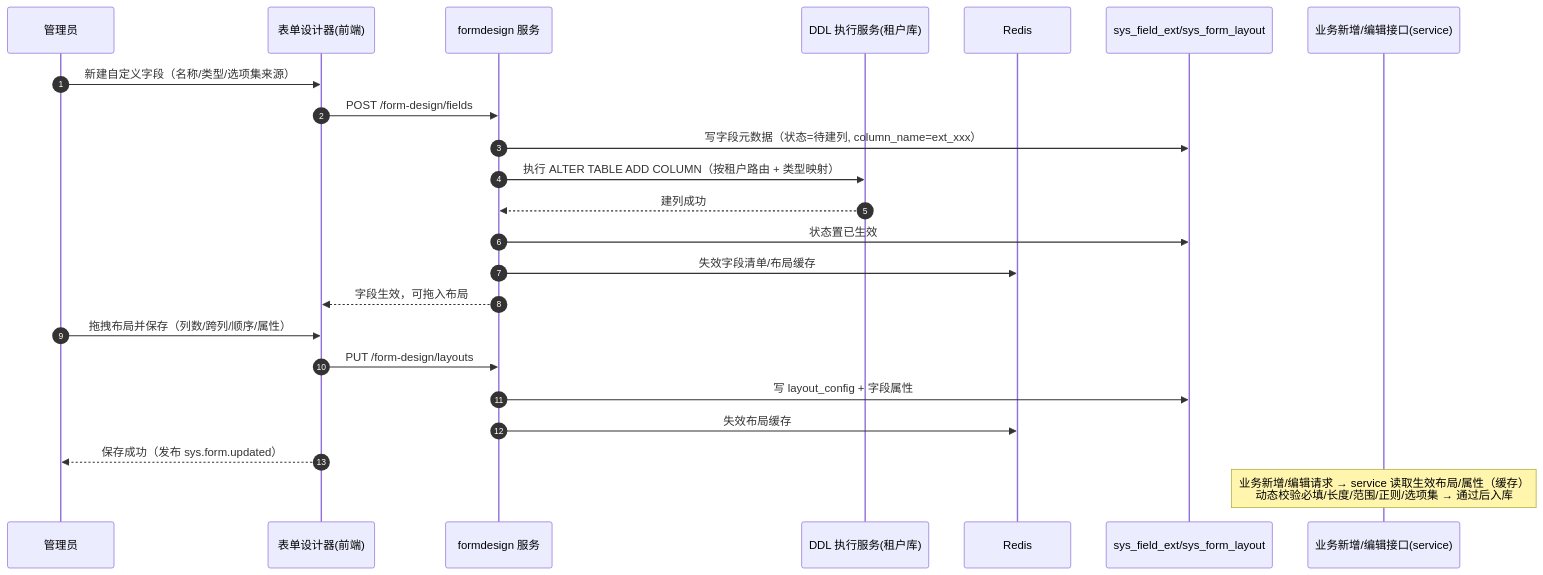
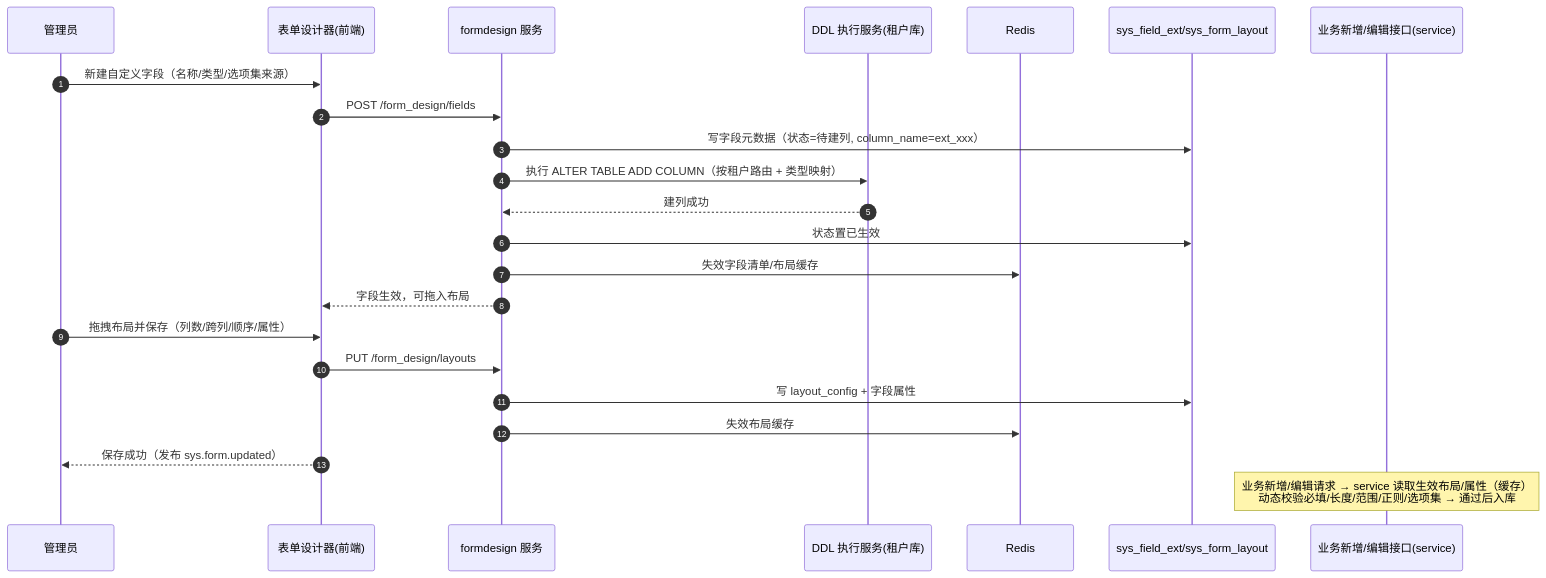
Before and after one commit to minjian123/basic-management-system: the diagram in bms文档/设计/概要设计/36_概要设计_表单定制.md, drawn with Mermaid. The commit also changed other lines of this file and 919 other files, not shown here.

````diff
--- a/bms文档/设计/概要设计/36_概要设计_表单定制.md
+++ b/bms文档/设计/概要设计/36_概要设计_表单定制.md
@@ -70,26 +70,26 @@
 ```mermaid
 sequenceDiagram
     autonumber
     participant 管理员
     participant 设计器 as 表单设计器(前端)
     participant 定制服务 as formdesign 服务
     participant DDL服务 as DDL 执行服务(租户库)
     participant Redis
     participant 元数据 as sys_field_ext/sys_form_layout
     participant 业务接口 as 业务新增/编辑接口(service)
 
     管理员->>设计器: 新建自定义字段（名称/类型/选项集来源）
-    设计器->>定制服务: POST /form-design/fields
+    设计器->>定制服务: POST /form_design/fields
     定制服务->>元数据: 写字段元数据（状态=待建列, column_name=ext_xxx）
     定制服务->>DDL服务: 执行 ALTER TABLE ADD COLUMN（按租户路由 + 类型映射）
     DDL服务-->>定制服务: 建列成功
     定制服务->>元数据: 状态置已生效
     定制服务->>Redis: 失效字段清单/布局缓存
     定制服务-->>设计器: 字段生效，可拖入布局
     管理员->>设计器: 拖拽布局并保存（列数/跨列/顺序/属性）
-    设计器->>定制服务: PUT /form-design/layouts
+    设计器->>定制服务: PUT /form_design/layouts
     定制服务->>元数据: 写 layout_config + 字段属性
     定制服务->>Redis: 失效布局缓存
     设计器-->>管理员: 保存成功（发布 sys.form.updated）
     Note over 业务接口: 业务新增/编辑请求 → service 读取生效布局/属性（缓存）<br/>动态校验必填/长度/范围/正则/选项集 → 通过后入库
 ```
````
